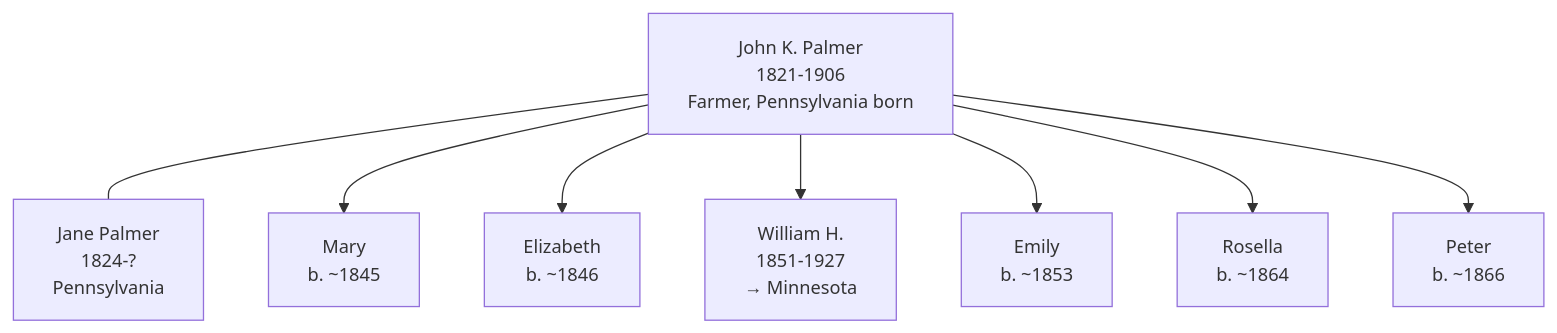
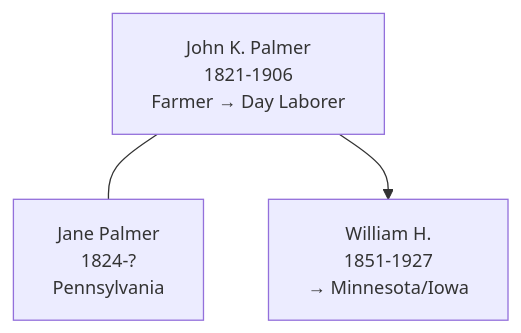
One commit to zcopley/thorpe-family-research changed the diagram in People/John K Palmer.md. Above: the diagram before and after it, drawn with Mermaid. The commit also changed other lines of this file, not shown here.

Commit message:
Simplify John K Palmer diagram to focus on direct patriarch role

````diff
--- a/People/John K Palmer.md
+++ b/People/John K Palmer.md
@@ -57,21 +57,11 @@
 ```mermaid
 %%{init: {'flowchart': {'htmlLabels': true}, 'theme': 'default', 'themeVariables': {'primaryTextColor': '#000000', 'primaryBorderColor': '#333333', 'lineColor': '#333333', 'fontSize': '14px'}}}%%
 graph TD
-  JKP["John K. Palmer<br/>1821-1906<br/>Farmer, Pennsylvania born"]
+  JKP["John K. Palmer<br/>1821-1906<br/>Farmer → Day Laborer"]
   JP["Jane Palmer<br/>1824-?<br/>Pennsylvania"]
   
-  MP["Mary<br/>b. ~1845"]
-  EP["Elizabeth<br/>b. ~1846"]
-  WHP["William H.<br/>1851-1927<br/>→ Minnesota"]
-  EM["Emily<br/>b. ~1853"]
-  RP["Rosella<br/>b. ~1864"]
-  PP["Peter<br/>b. ~1866"]
+  WHP["William H.<br/>1851-1927<br/>→ Minnesota/Iowa"]
   
   JKP --- JP
-  JKP --> MP
-  JKP --> EP
   JKP --> WHP
-  JKP --> EM
-  JKP --> RP
-  JKP --> PP
 ```
````
